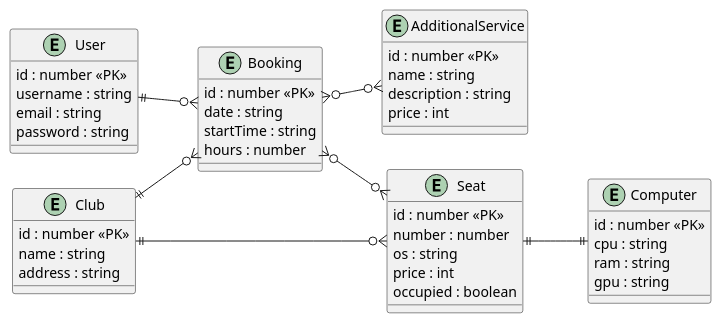
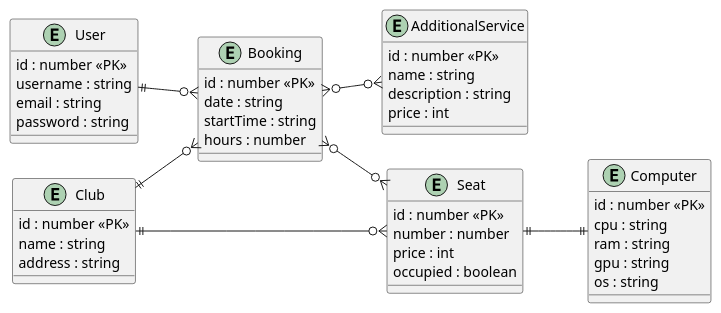
Before and after one commit to accelolabs/nestjs-website: the diagram in docs/diagram.puml, drawn with PlantUML. The commit also changed 3 other files, not shown here.

Commit message:
update diagram + formatting fix

```diff
--- a/docs/diagram.puml
+++ b/docs/diagram.puml
@@ -1,56 +1,56 @@
 @startuml
 left to right direction
 
 entity User {
   id : number <<PK>>
   username : string
   email : string
   password : string
 }
 
 entity Booking {
   id : number <<PK>>
   date : string
   startTime : string
   hours : number
 }
 
 entity Club {
   id : number <<PK>>
   name : string
   address : string
 }
 
 entity Seat {
   id : number <<PK>>
   number : number
-  os : string
   price : int
   occupied : boolean
 }
 
 entity Computer {
   id : number <<PK>>
   cpu : string
   ram : string
   gpu : string
+  os : string
 }
 
 entity AdditionalService {
   id : number <<PK>>
   name : string
   description : string
   price : int
 }
 
-' relations
+' Relations
 User ||--o{ Booking
 Club ||--o{ Booking
 Club ||--o{ Seat
 
 Booking }o--o{ Seat
 Booking }o--o{ AdditionalService
 
 Seat ||--|| Computer
 
 @enduml
```
